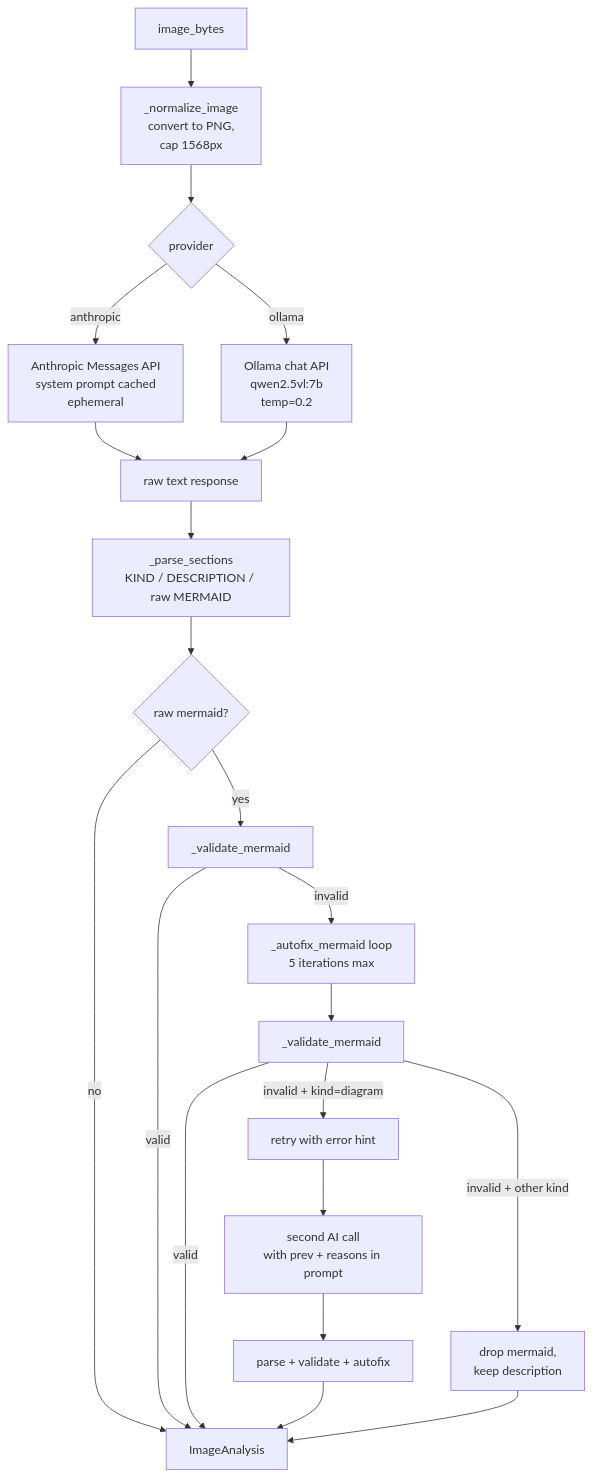
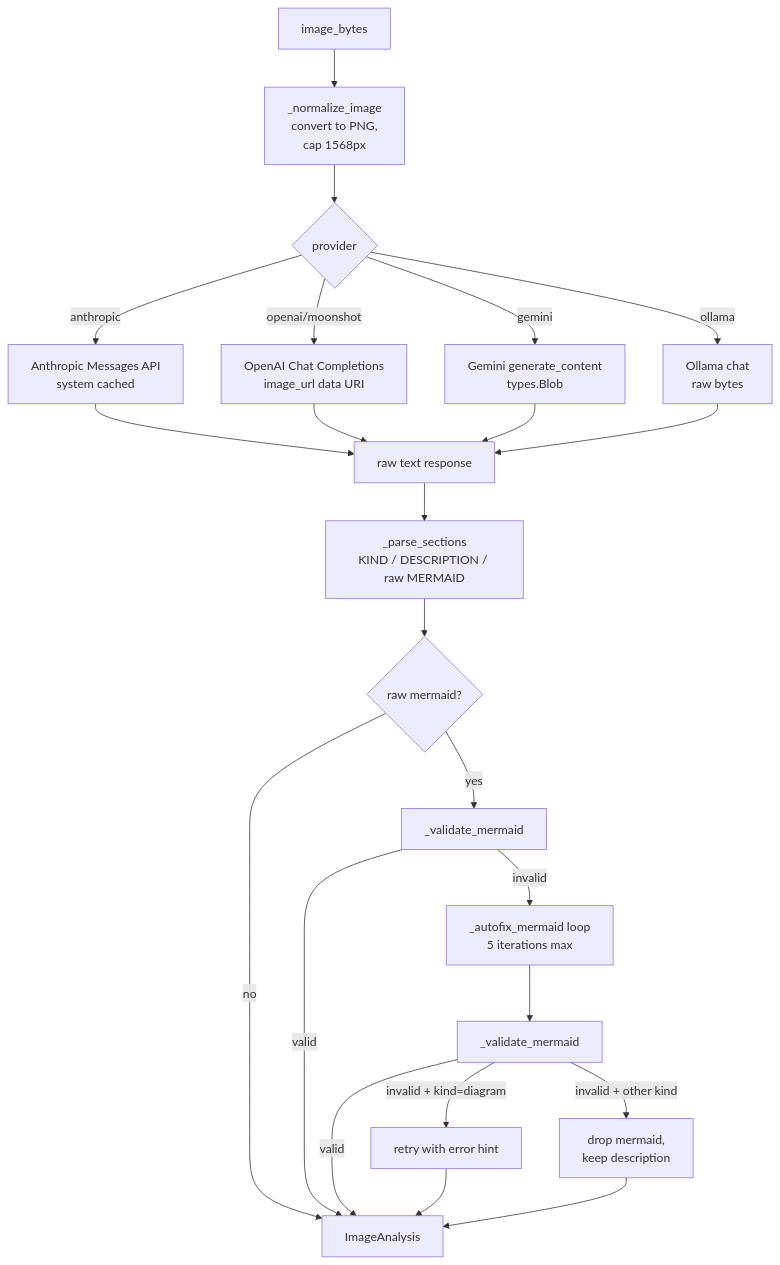
Before and after one commit to agunawijaya/AnyToMD: the third of 8 diagrams in docs/ARCHITECTURE.md, drawn with Mermaid. The commit also changed other lines of this file and 3 other files, not shown here.

````diff
--- a/docs/ARCHITECTURE.md
+++ b/docs/ARCHITECTURE.md
@@ -129,23 +188,25 @@
 ```mermaid
 flowchart TD
     A[image_bytes] --> B[_normalize_image<br/>convert to PNG,<br/>cap 1568px]
     B --> C{provider}
-    C -->|anthropic| D[Anthropic Messages API<br/>system prompt cached<br/>ephemeral]
-    C -->|ollama| E[Ollama chat API<br/>qwen2.5vl:7b<br/>temp=0.2]
-    D --> F[raw text response]
-    E --> F
-    F --> G[_parse_sections<br/>KIND / DESCRIPTION / raw MERMAID]
-    G --> H{raw mermaid?}
-    H -->|no| Z[ImageAnalysis]
-    H -->|yes| I[_validate_mermaid]
-    I -->|valid| Z
-    I -->|invalid| J[_autofix_mermaid loop<br/>5 iterations max]
-    J --> K[_validate_mermaid]
-    K -->|valid| Z
-    K -->|invalid + kind=diagram| L[retry with error hint]
-    K -->|invalid + other kind| M[drop mermaid,<br/>keep description]
-    L --> N[second AI call<br/>with prev + reasons in prompt]
-    N --> O[parse + validate + autofix]
-    O --> Z
+    C -->|anthropic| D[Anthropic Messages API<br/>system cached]
+    C -->|openai/moonshot| E[OpenAI Chat Completions<br/>image_url data URI]
+    C -->|gemini| F[Gemini generate_content<br/>types.Blob]
+    C -->|ollama| G[Ollama chat<br/>raw bytes]
+    D --> R[raw text response]
+    E --> R
+    F --> R
+    G --> R
+    R --> S[_parse_sections<br/>KIND / DESCRIPTION / raw MERMAID]
+    S --> T{raw mermaid?}
+    T -->|no| Z[ImageAnalysis]
+    T -->|yes| V[_validate_mermaid]
+    V -->|valid| Z
+    V -->|invalid| X[_autofix_mermaid loop<br/>5 iterations max]
+    X --> Y[_validate_mermaid]
+    Y -->|valid| Z
+    Y -->|invalid + kind=diagram| RT[retry with error hint]
+    Y -->|invalid + other kind| M[drop mermaid,<br/>keep description]
+    RT --> Z
     M --> Z
 ```
````
